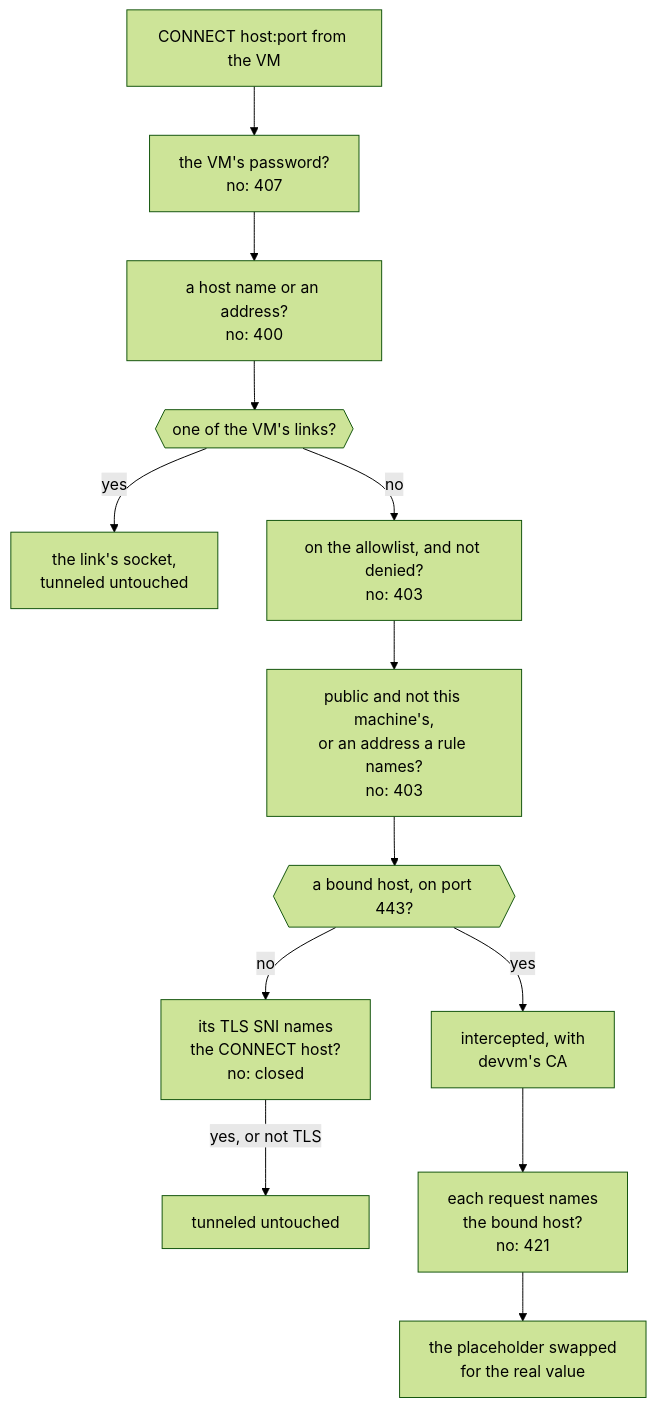
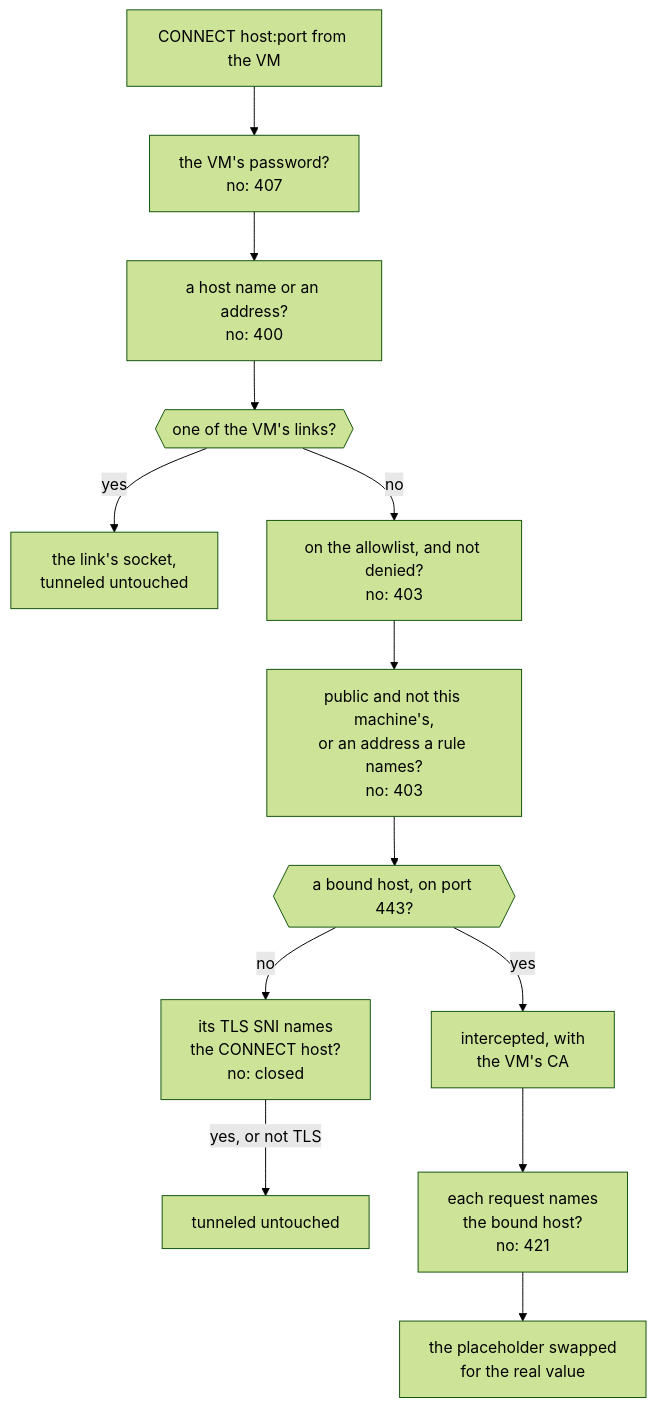
The first of 2 diagrams in docs/content/docs/internals/network.md (DustyPolk/devvm), drawn with Mermaid (forest theme) before and after one commit. The commit also changed other lines of this file and 32 other files, not shown here.

````diff
--- a/docs/content/docs/internals/network.md
+++ b/docs/content/docs/internals/network.md
@@ -41,15 +41,15 @@
 ```mermaid
 flowchart TD
   conn["CONNECT host:port from the VM"] --> pw["the VM's password?<br>no: 407"]
   pw --> name["a host name or an address?<br>no: 400"]
   name --> link{{"one of the VM's links?"}}
   link -- "yes" --> linked["the link's socket,<br>tunneled untouched"]
   link -- "no" --> allow["on the allowlist, and not denied?<br>no: 403"]
   allow --> floor["public and not this machine's,<br>or an address a rule names?<br>no: 403"]
   floor --> bound{{"a bound host, on port 443?"}}
   bound -- "no" --> sni["its TLS SNI names<br>the CONNECT host?<br>no: closed"]
   sni -- "yes, or not TLS" --> tunnel["tunneled untouched"]
-  bound -- "yes" --> intercept["intercepted, with<br>devvm's CA"]
+  bound -- "yes" --> intercept["intercepted, with<br>the VM's CA"]
   intercept --> named["each request names<br>the bound host?<br>no: 421"]
   named --> swap["the placeholder swapped<br>for the real value"]
 ```
````
